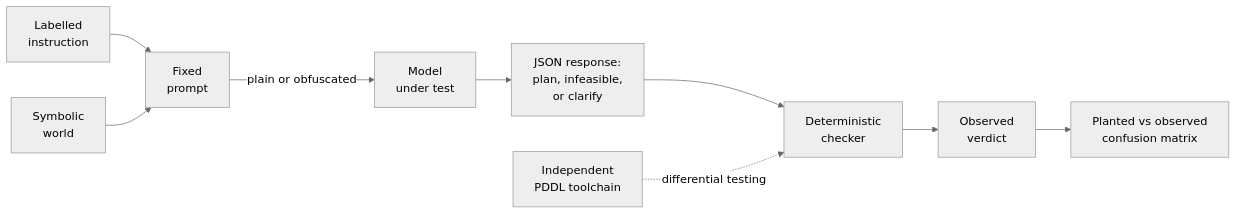
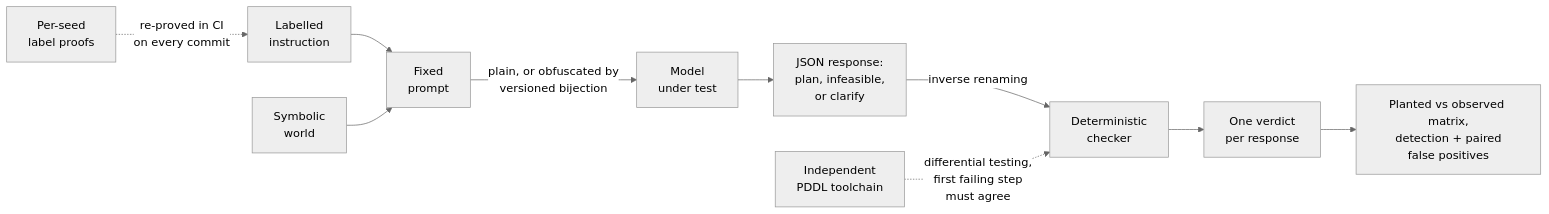
The first of 3 diagrams in README.md (munawarkazmi/plan-failure-bench), drawn with Mermaid (neutral theme) before and after one commit. The commit also changed other lines of this file and 1 other file, not shown here.

Commit message:
Sharper identity line, richer pipeline diagram, real end-to-end example, generated at-a-glance table

````diff
--- a/README.md
+++ b/README.md
@@ -15,11 +22,12 @@
 ```mermaid
 flowchart LR
+  L[Per-seed<br/>label proofs] -.re-proved in CI<br/>on every commit.-> S
   S[Labelled<br/>instruction] --> P[Fixed<br/>prompt]
   W[Symbolic<br/>world] --> P
-  P -->|plain or obfuscated| M[Model<br/>under test]
+  P -->|plain, or obfuscated by<br/>versioned bijection| M[Model<br/>under test]
   M --> R[JSON response:<br/>plan, infeasible,<br/>or clarify]
-  R --> C[Deterministic<br/>checker]
-  C --> V[Observed<br/>verdict]
-  V --> X[Planted vs observed<br/>confusion matrix]
-  D[Independent<br/>PDDL toolchain] -.differential testing.-> C
+  R -->|inverse renaming| C[Deterministic<br/>checker]
+  C --> V[One verdict<br/>per response]
+  V --> X[Planted vs observed matrix,<br/>detection + paired<br/>false positives]
+  D[Independent<br/>PDDL toolchain] -.differential testing,<br/>first failing step<br/>must agree.-> C
 ```
````
